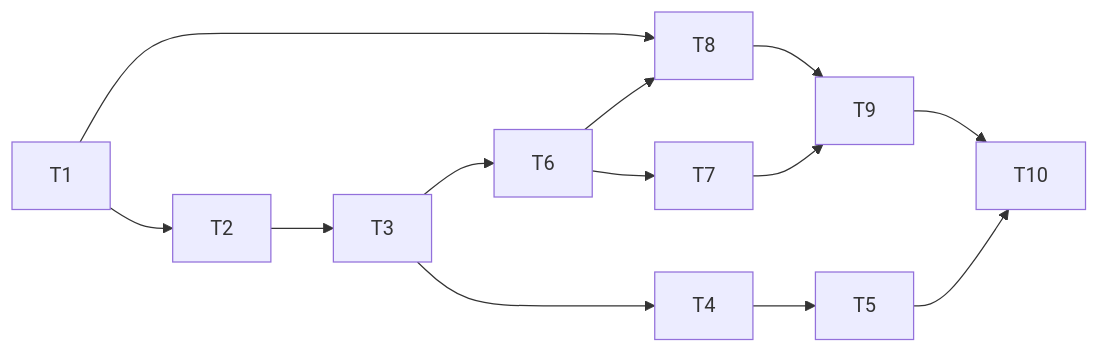
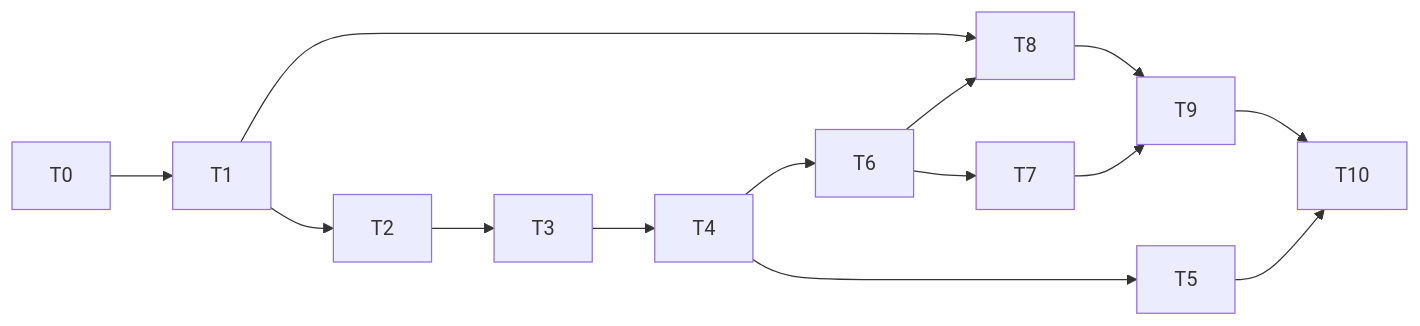
Before and after one commit to ryangswe/jepa-scope: the diagram in docs/plans/2026-11-06-weeks3-4-folder-search-trajectory.md, drawn with Mermaid. The commit also changed other lines of this file, not shown here.

````diff
--- a/docs/plans/2026-11-06-weeks3-4-folder-search-trajectory.md
+++ b/docs/plans/2026-11-06-weeks3-4-folder-search-trajectory.md
@@ -267,9 +364,9 @@
 ```mermaid
 flowchart LR
-    T1 --> T2 --> T3 --> T4 --> T5
-    T3 --> T6 --> T7
+    T0 --> T1 --> T2 --> T3 --> T4 --> T5
+    T4 --> T6 --> T7
     T1 --> T8
     T6 --> T8 --> T9
     T7 --> T9 --> T10
     T5 --> T10
 ```
````
